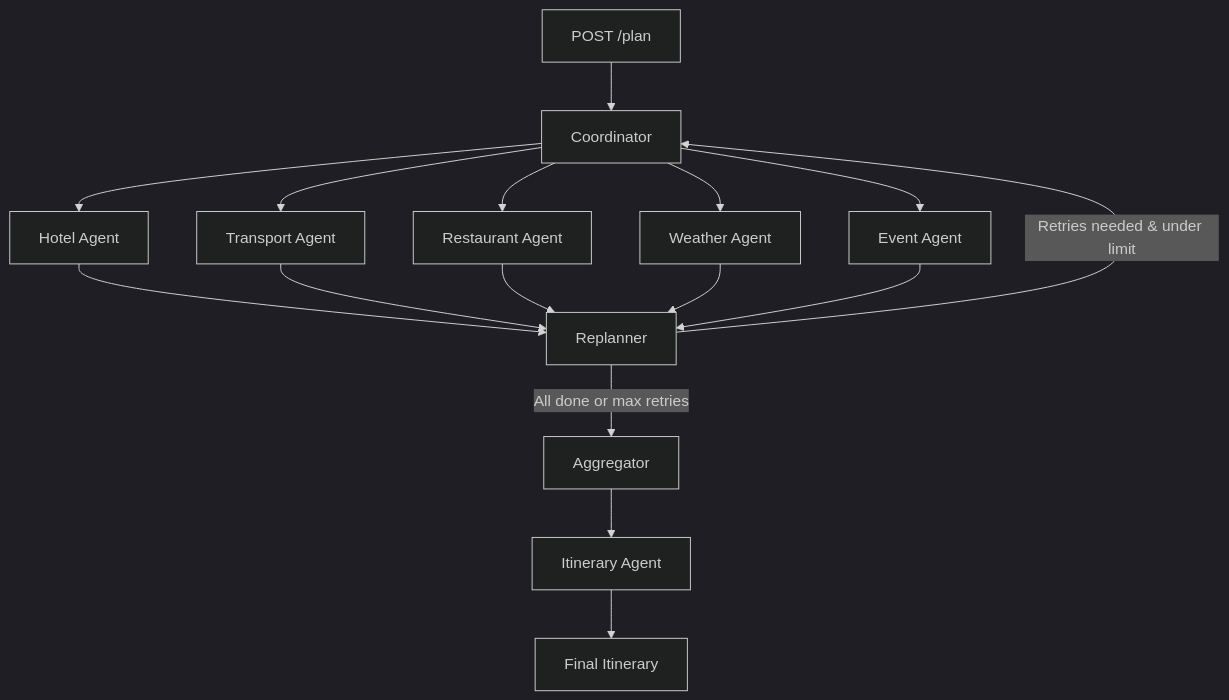
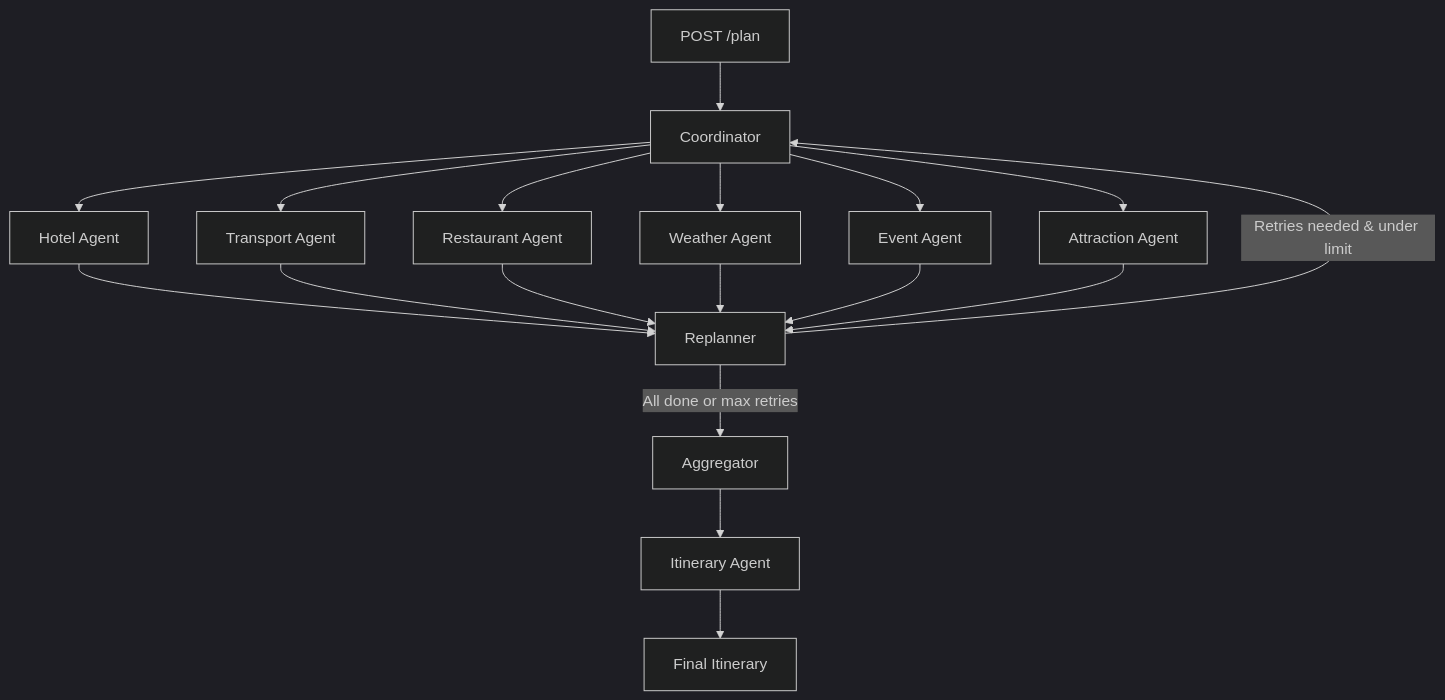
The diagram in README.md (pranayyb/Odysya), drawn with Mermaid (dark theme) before and after one commit. The commit also changed other lines of this file and 21 other files, not shown here.

Commit message:
attraction agent complete

````diff
--- a/README.md
+++ b/README.md
@@ -61,22 +62,24 @@
 ```mermaid
 graph TD
     A[POST /plan] --> B[Coordinator]
 
     B --> C[Hotel Agent]
     B --> D[Transport Agent]
     B --> E[Restaurant Agent]
     B --> F[Weather Agent]
     B --> G[Event Agent]
+    B --> H[Attraction Agent]
 
-    C --> H[Replanner]
-    D --> H
-    E --> H
-    F --> H
-    G --> H
+    C --> I[Replanner]
+    D --> I
+    E --> I
+    F --> I
+    G --> I
+    H --> I
 
-    H -->|Retries needed & under limit| B
-    H -->|All done or max retries| I[Aggregator]
+    I -->|Retries needed & under limit| B
+    I -->|All done or max retries| J[Aggregator]
 
-    I --> J[Itinerary Agent]
-    J --> K[Final Itinerary]
+    J --> K[Itinerary Agent]
+    K --> L[Final Itinerary]
 ```
````
